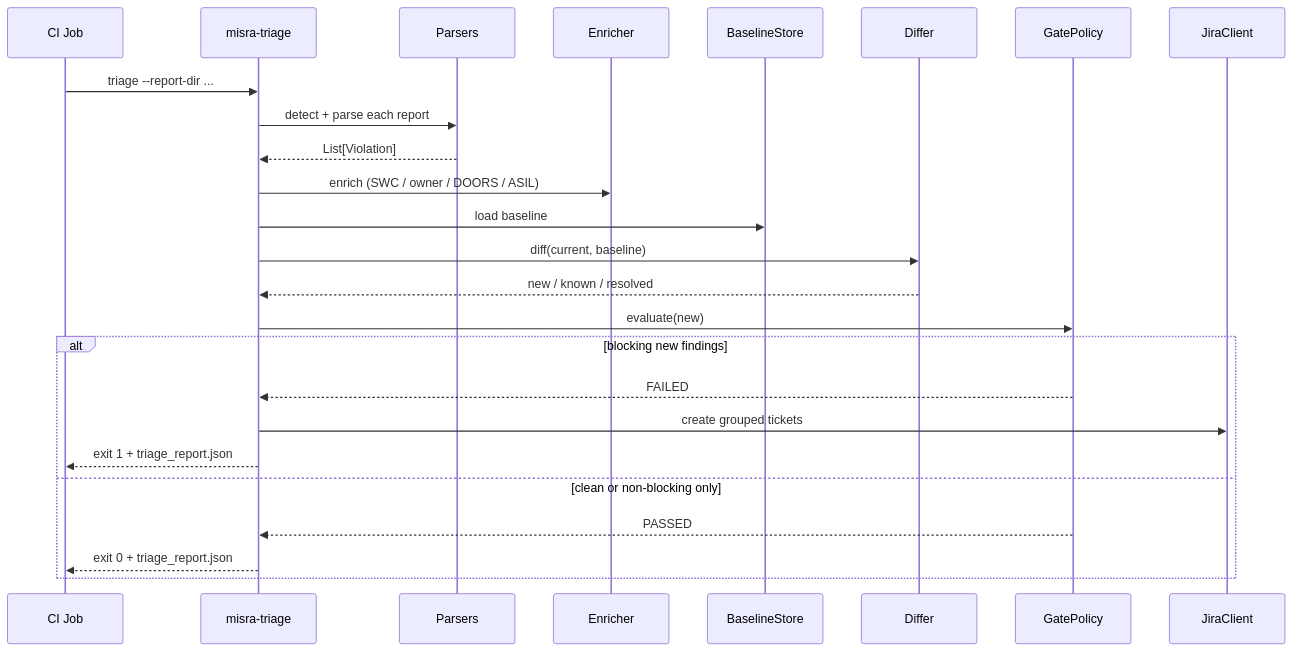
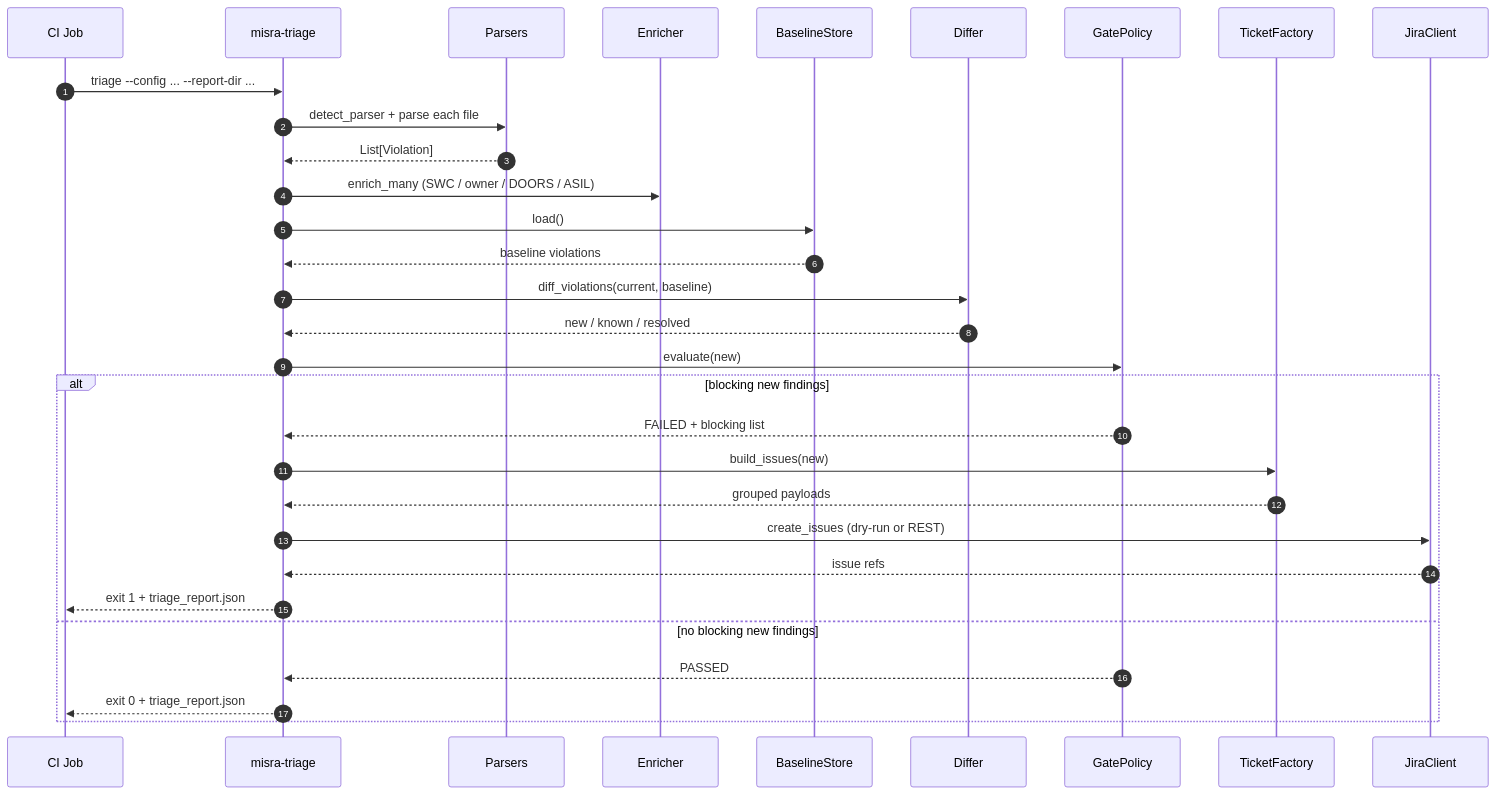
The fourth of 12 diagrams in docs/ARCHITECTURE.md (ritika-kulkarni/Automated-Static-Analysis-MISRA-Triage-Dashboard), drawn with Mermaid before and after one commit. The commit also changed other lines of this file and 17 other files, not shown here.

First line of the commit message:
Expand architecture docs, diagrams, and package READMEs.

````diff
--- a/docs/ARCHITECTURE.md
+++ b/docs/ARCHITECTURE.md
@@ -50,28 +123,34 @@
 ```mermaid
 sequenceDiagram
+  autonumber
   participant CI as CI Job
   participant CLI as misra-triage
   participant P as Parsers
   participant E as Enricher
   participant B as BaselineStore
   participant D as Differ
   participant G as GatePolicy
+  participant T as TicketFactory
   participant J as JiraClient
 
-  CI->>CLI: triage --report-dir ...
-  CLI->>P: detect + parse each report
+  CI->>CLI: triage --config ... --report-dir ...
+  CLI->>P: detect_parser + parse each file
   P-->>CLI: List[Violation]
-  CLI->>E: enrich (SWC / owner / DOORS / ASIL)
-  CLI->>B: load baseline
-  CLI->>D: diff(current, baseline)
+  CLI->>E: enrich_many (SWC / owner / DOORS / ASIL)
+  CLI->>B: load()
+  B-->>CLI: baseline violations
+  CLI->>D: diff_violations(current, baseline)
   D-->>CLI: new / known / resolved
   CLI->>G: evaluate(new)
   alt blocking new findings
-    G-->>CLI: FAILED
-    CLI->>J: create grouped tickets
+    G-->>CLI: FAILED + blocking list
+    CLI->>T: build_issues(new)
+    T-->>CLI: grouped payloads
+    CLI->>J: create_issues (dry-run or REST)
+    J-->>CLI: issue refs
     CLI-->>CI: exit 1 + triage_report.json
-  else clean or non-blocking only
+  else no blocking new findings
     G-->>CLI: PASSED
     CLI-->>CI: exit 0 + triage_report.json
   end
 ```
````
